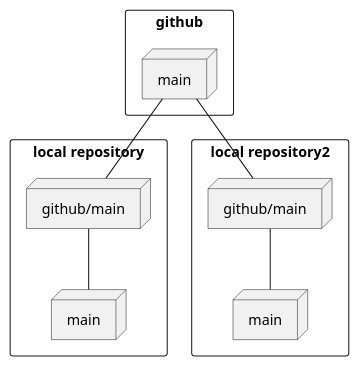
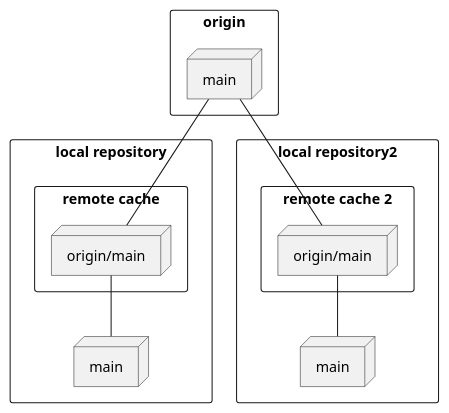
Before and after one commit to pochangl/github_basic: the diagram in uml/3.multi-local.plantuml, drawn with PlantUML. The commit also changed 4 other files, not shown here.

```diff
--- a/uml/3.multi-local.plantuml
+++ b/uml/3.multi-local.plantuml
@@ -1,23 +1,27 @@
 @startuml name
-rectangle github {
+rectangle origin {
     node main as github_main
 }
 
 rectangle "local repository" {
-    node "github/main" as gh_main
+    rectangle "remote cache" {
+        node "origin/main" as gh_main
+    }
     node main
 }
 
 rectangle "local repository2" {
-    node "github/main" as gh_main2
+    rectangle "remote cache 2" {
+        node "origin/main" as gh_main2
+    }
     node "main" as main2
 }
 
 github_main --gh_main
 gh_main -- main
 
 github_main --gh_main2
 gh_main2 -- main2
 
 
 @enduml
```
